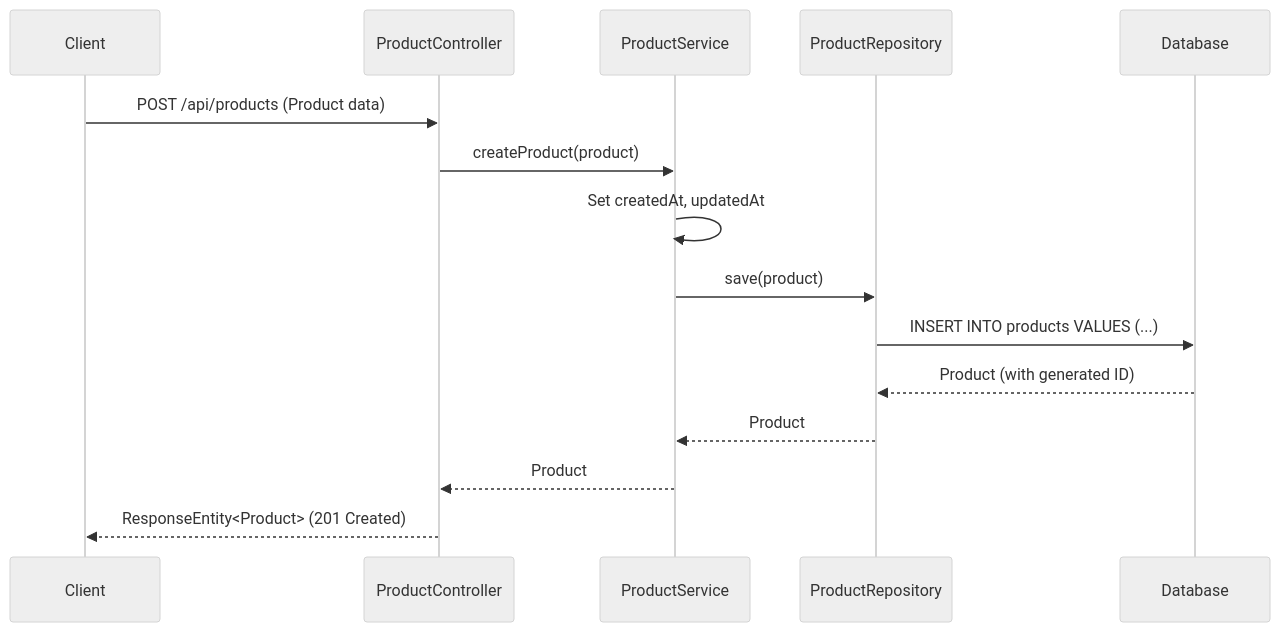
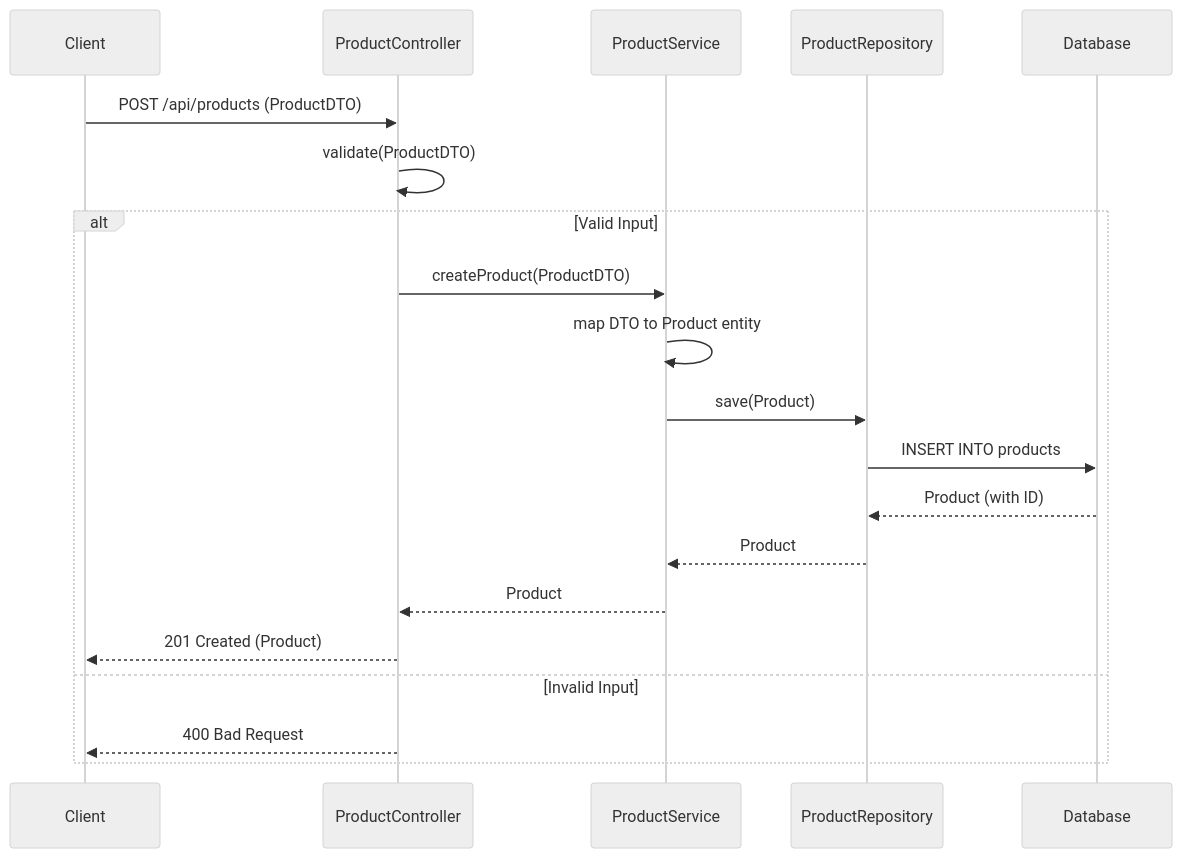
Before and after one commit to NavneetBN47/aava-ecom-demo: the fifth of 13 diagrams in docs/LLD/modified_lld.md, drawn with Mermaid (neutral theme). The commit also changed other lines of this file, not shown here.

````diff
--- a/docs/LLD/modified_lld.md
+++ b/docs/LLD/modified_lld.md
@@ -264,18 +256,24 @@
 ```mermaid
 sequenceDiagram
     participant Client
     participant ProductController
     participant ProductService
     participant ProductRepository
     participant Database
 
-    Client->>ProductController: POST /api/products (Product data)
-    ProductController->>ProductService: createProduct(product)
-    ProductService->>ProductService: Set createdAt, updatedAt
-    ProductService->>ProductRepository: save(product)
-    ProductRepository->>Database: INSERT INTO products VALUES (...)
-    Database-->>ProductRepository: Product (with generated ID)
-    ProductRepository-->>ProductService: Product
-    ProductService-->>ProductController: Product
-    ProductController-->>Client: ResponseEntity<Product> (201 Created)
+    Client->>ProductController: POST /api/products (ProductDTO)
+    ProductController->>ProductController: validate(ProductDTO)
+    
+    alt Valid Input
+        ProductController->>ProductService: createProduct(ProductDTO)
+        ProductService->>ProductService: map DTO to Product entity
+        ProductService->>ProductRepository: save(Product)
+        ProductRepository->>Database: INSERT INTO products
+        Database-->>ProductRepository: Product (with ID)
+        ProductRepository-->>ProductService: Product
+        ProductService-->>ProductController: Product
+        ProductController-->>Client: 201 Created (Product)
+    else Invalid Input
+        ProductController-->>Client: 400 Bad Request
+    end
 ```
````
